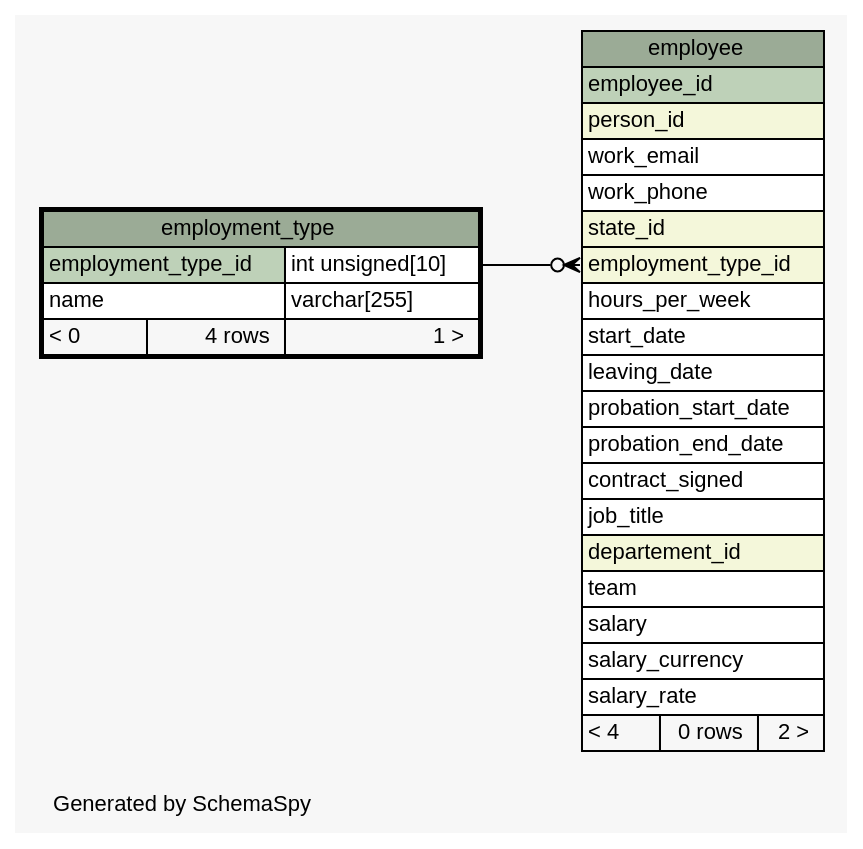
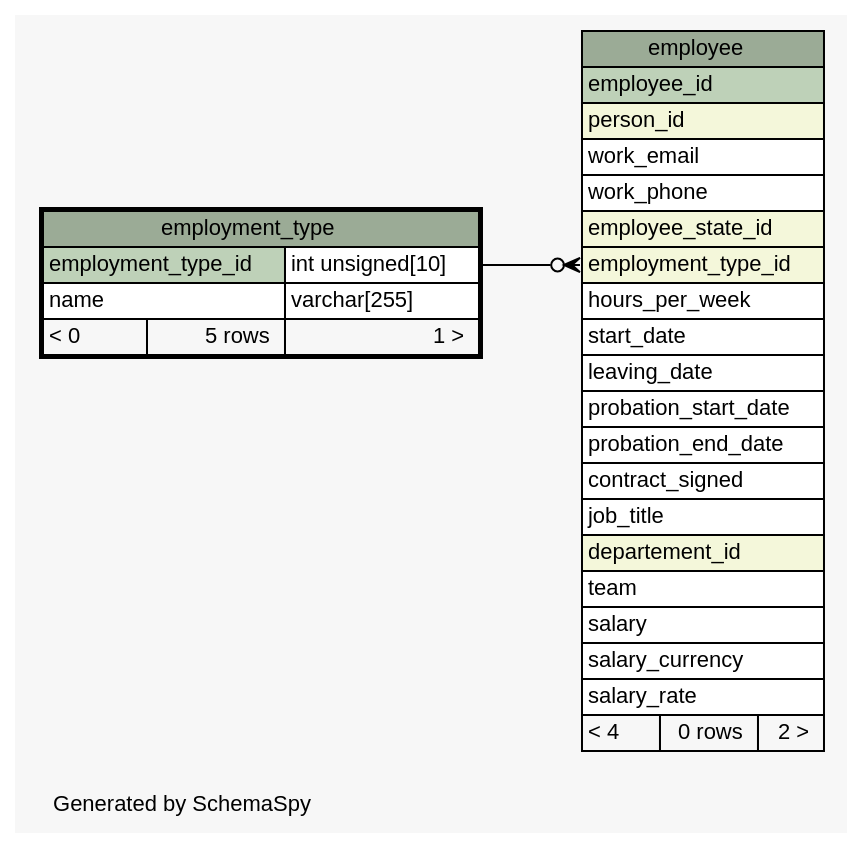
The diagram in diagrams/employment_type.1degree.dot (KaiBMP/KaiBMP.github.io), drawn with Graphviz before and after one commit. The commit also changed 87 other files, not shown here.

Commit message:
schemaspy update

```diff
--- a/diagrams/employment_type.1degree.dot
+++ b/diagrams/employment_type.1degree.dot
@@ -1,61 +1,61 @@
 // dot 2.40.1 on Linux 5.3.0-28-generic
 // SchemaSpy rev 590
 digraph "oneDegreeRelationshipsDiagram" {
   graph [
     rankdir="RL"
     bgcolor="#f7f7f7"
     label="\nGenerated by SchemaSpy"
     labeljust="l"
     nodesep="0.18"
     ranksep="0.46"
     fontname="Helvetica"
     fontsize="11"
   ];
   node [
     fontname="Helvetica"
     fontsize="11"
     shape="plaintext"
   ];
   edge [
     arrowsize="0.8"
   ];
   "employee":"employment_type_id":w -> "employment_type":"employment_type_id.type":e [arrowhead=none dir=back arrowtail=crowodot];
   "employee" [
     label=<
     <TABLE BORDER="0" CELLBORDER="1" CELLSPACING="0" BGCOLOR="#ffffff">
       <TR><TD COLSPAN="3" BGCOLOR="#9bab96" ALIGN="CENTER">employee</TD></TR>
       <TR><TD PORT="employee_id" COLSPAN="3" BGCOLOR="#bed1b8" ALIGN="LEFT">employee_id</TD></TR>
       <TR><TD PORT="person_id" COLSPAN="3" BGCOLOR="#f4f7da" ALIGN="LEFT">person_id</TD></TR>
       <TR><TD PORT="work_email" COLSPAN="3" ALIGN="LEFT">work_email</TD></TR>
       <TR><TD PORT="work_phone" COLSPAN="3" ALIGN="LEFT">work_phone</TD></TR>
-      <TR><TD PORT="state_id" COLSPAN="3" BGCOLOR="#f4f7da" ALIGN="LEFT">state_id</TD></TR>
+      <TR><TD PORT="employee_state_id" COLSPAN="3" BGCOLOR="#f4f7da" ALIGN="LEFT">employee_state_id</TD></TR>
       <TR><TD PORT="employment_type_id" COLSPAN="3" BGCOLOR="#f4f7da" ALIGN="LEFT">employment_type_id</TD></TR>
       <TR><TD PORT="hours_per_week" COLSPAN="3" ALIGN="LEFT">hours_per_week</TD></TR>
       <TR><TD PORT="start_date" COLSPAN="3" ALIGN="LEFT">start_date</TD></TR>
       <TR><TD PORT="leaving_date" COLSPAN="3" ALIGN="LEFT">leaving_date</TD></TR>
       <TR><TD PORT="probation_start_date" COLSPAN="3" ALIGN="LEFT">probation_start_date</TD></TR>
       <TR><TD PORT="probation_end_date" COLSPAN="3" ALIGN="LEFT">probation_end_date</TD></TR>
       <TR><TD PORT="contract_signed" COLSPAN="3" ALIGN="LEFT">contract_signed</TD></TR>
       <TR><TD PORT="job_title" COLSPAN="3" ALIGN="LEFT">job_title</TD></TR>
       <TR><TD PORT="departement_id" COLSPAN="3" BGCOLOR="#f4f7da" ALIGN="LEFT">departement_id</TD></TR>
       <TR><TD PORT="team" COLSPAN="3" ALIGN="LEFT">team</TD></TR>
       <TR><TD PORT="salary" COLSPAN="3" ALIGN="LEFT">salary</TD></TR>
       <TR><TD PORT="salary_currency" COLSPAN="3" ALIGN="LEFT">salary_currency</TD></TR>
       <TR><TD PORT="salary_rate" COLSPAN="3" ALIGN="LEFT">salary_rate</TD></TR>
       <TR><TD ALIGN="LEFT" BGCOLOR="#f7f7f7">&lt; 4</TD><TD ALIGN="RIGHT" BGCOLOR="#f7f7f7">0 rows</TD><TD ALIGN="RIGHT" BGCOLOR="#f7f7f7">2 &gt;</TD></TR>
     </TABLE>>
     URL="employee.html"
     tooltip="employee"
   ];
   "employment_type" [
     label=<
     <TABLE BORDER="2" CELLBORDER="1" CELLSPACING="0" BGCOLOR="#ffffff">
       <TR><TD COLSPAN="3" BGCOLOR="#9bab96" ALIGN="CENTER">employment_type</TD></TR>
       <TR><TD PORT="employment_type_id" COLSPAN="2" BGCOLOR="#bed1b8" ALIGN="LEFT">employment_type_id</TD><TD PORT="employment_type_id.type" ALIGN="LEFT">int unsigned[10]</TD></TR>
       <TR><TD PORT="name" COLSPAN="2" ALIGN="LEFT">name</TD><TD PORT="name.type" ALIGN="LEFT">varchar[255]</TD></TR>
-      <TR><TD ALIGN="LEFT" BGCOLOR="#f7f7f7">&lt; 0</TD><TD ALIGN="RIGHT" BGCOLOR="#f7f7f7">4 rows</TD><TD ALIGN="RIGHT" BGCOLOR="#f7f7f7">1 &gt;</TD></TR>
+      <TR><TD ALIGN="LEFT" BGCOLOR="#f7f7f7">&lt; 0</TD><TD ALIGN="RIGHT" BGCOLOR="#f7f7f7">5 rows</TD><TD ALIGN="RIGHT" BGCOLOR="#f7f7f7">1 &gt;</TD></TR>
     </TABLE>>
     URL="employment_type.html"
     tooltip="employment_type"
   ];
 }
```
